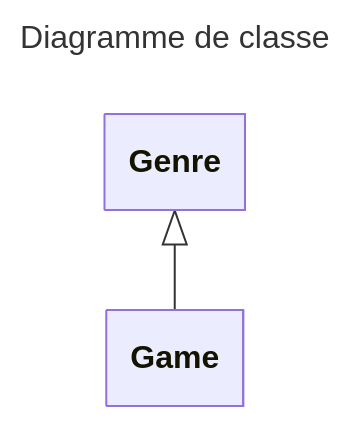
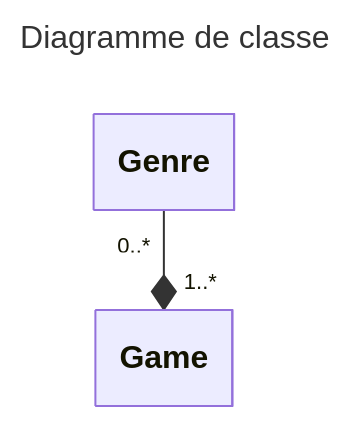
One commit to departement-info-cem/5W5-Web-Avancee changed the third of 6 diagrams in web/docs/03-exercices/05-Relations.mdx. Above: the diagram before and after it, drawn with Mermaid. The commit also changed other lines of this file, not shown here.

Commit message:
Diagrammes

````diff
--- a/web/docs/03-exercices/05-Relations.mdx
+++ b/web/docs/03-exercices/05-Relations.mdx
@@ -173,12 +175,10 @@
             ```mermaid
             ---
             title: Diagramme de classe
             config:
               class:
                 hideEmptyMembersBox: true
             ---
             classDiagram
-                Genre <|-- Game
-                class Game
-                class Genre
+                Genre "0..*" --* "1..*" Game
             ```
````
